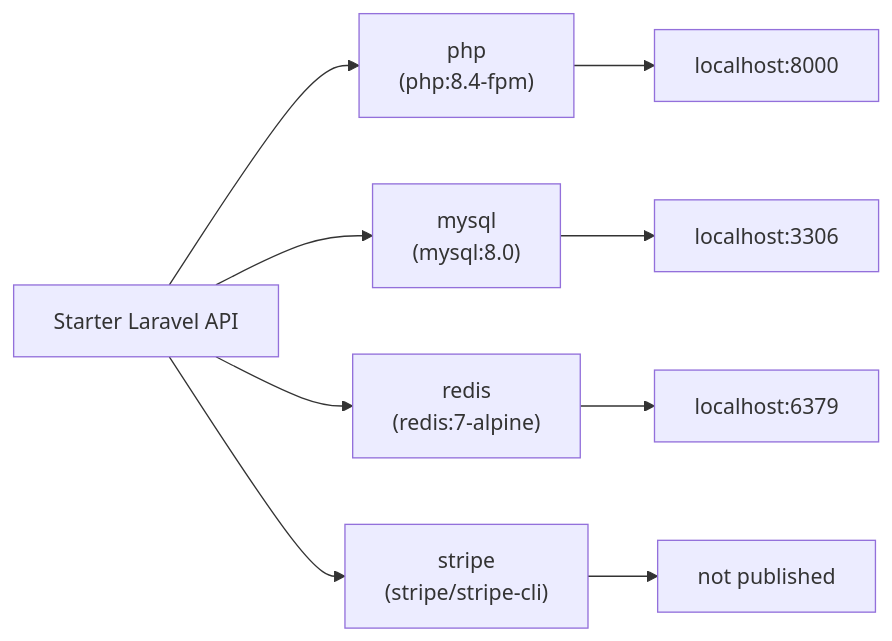
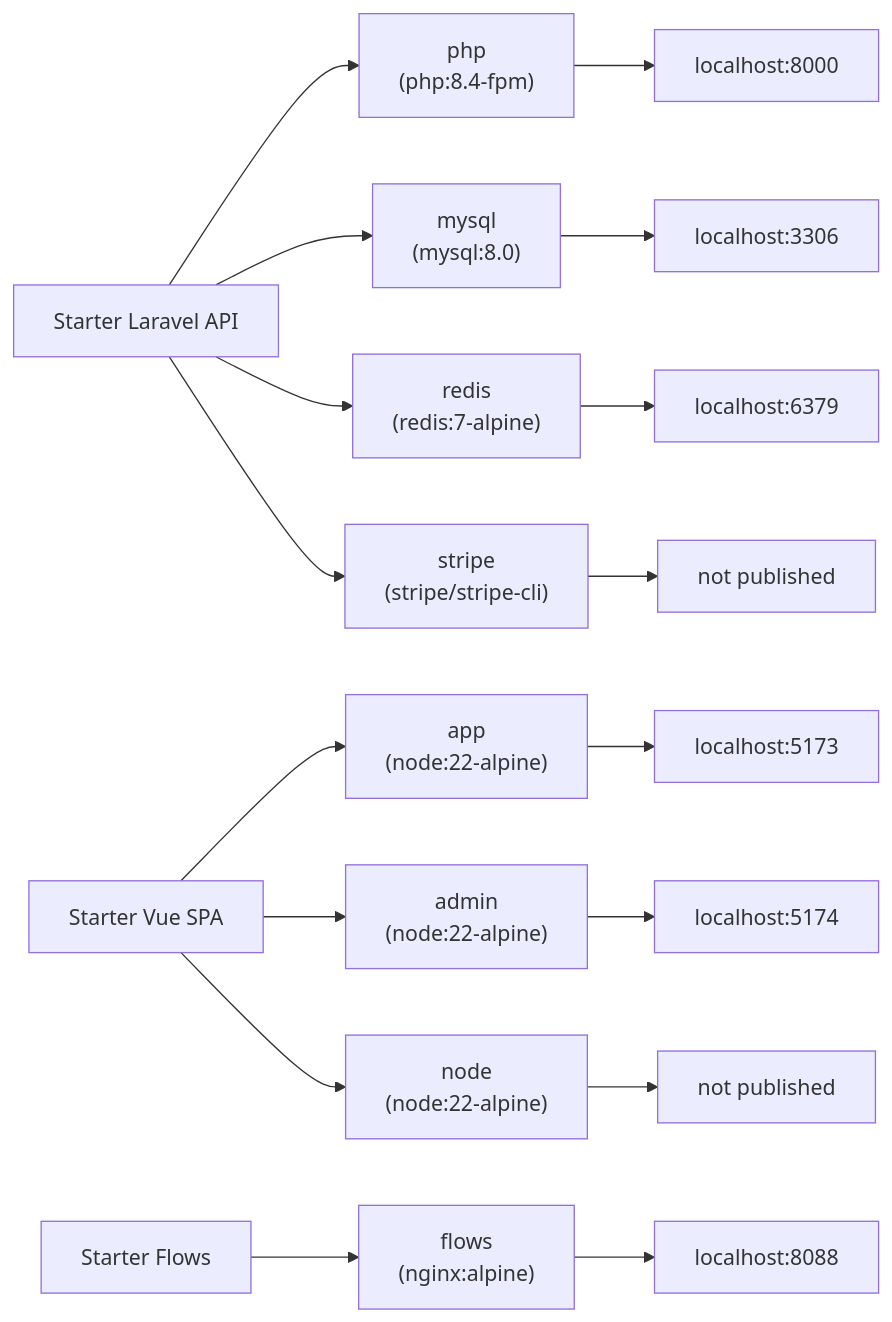
Before and after one commit to websanova/starter-flows: the diagram in docs/setup/DockerSetup.md, drawn with Mermaid.

Commit message:
Clean up mermaid to line up diagrams.

````diff
--- a/docs/setup/DockerSetup.md
+++ b/docs/setup/DockerSetup.md
@@ -94,12 +94,23 @@
 ```mermaid
 flowchart LR
     API["Starter Laravel API"] --> PHP["php<br/>(php:8.4-fpm)"]
     API --> MYSQL["mysql<br/>(mysql:8.0)"]
     API --> REDIS["redis<br/>(redis:7-alpine)"]
     API --> STRIPE["stripe<br/>(stripe/stripe-cli)"]
 
     PHP --> PHP_P["localhost:8000"]
     MYSQL --> MYSQL_P["localhost:3306"]
     REDIS --> REDIS_P["localhost:6379"]
     STRIPE --> STRIPE_P["not published"]
+
+    SPA["Starter Vue SPA"] --> APP["app<br/>(node:22-alpine)"]
+    SPA --> ADMIN["admin<br/>(node:22-alpine)"]
+    SPA --> NODE["node<br/>(node:22-alpine)"]
+
+    APP --> APP_P["localhost:5173"]
+    ADMIN --> ADMIN_P["localhost:5174"]
+    NODE --> NODE_P["not published"]
+
+    FLOWS["Starter Flows"] --> NGINX["flows<br/>(nginx:alpine)"]
+    NGINX --> NGINX_P["localhost:8088"]
 ```
````
